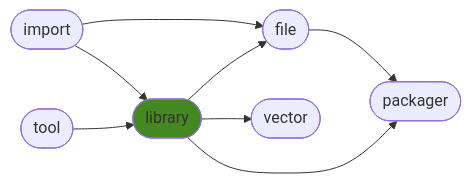
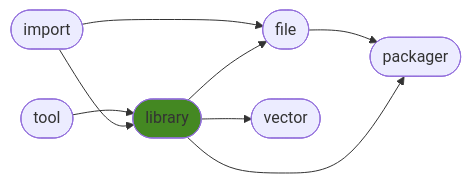
The diagram in README.md (ManderaGeneral/generallibrary), drawn with Mermaid before and after one commit. The commit also changed other lines of this file, not shown here.

````diff
--- a/README.md
+++ b/README.md
@@ -24,17 +24,17 @@
 ```mermaid
 flowchart LR
+1([tool]) --> 2([library])
+2([library]) --> 4([vector])
 3([file]) --> 5([packager])
 0([import]) --> 3([file])
+0([import]) --> 2([library])
+2([library]) --> 5([packager])
 2([library]) --> 3([file])
-2([library]) --> 4([vector])
-2([library]) --> 5([packager])
-1([tool]) --> 2([library])
-0([import]) --> 2([library])
 click 0 "https://github.com/ManderaGeneral/generalimport"
 click 1 "https://github.com/ManderaGeneral/generaltool"
 click 2 "https://github.com/ManderaGeneral/generallibrary"
 click 3 "https://github.com/ManderaGeneral/generalfile"
 click 4 "https://github.com/ManderaGeneral/generalvector"
 click 5 "https://github.com/ManderaGeneral/generalpackager"
 style 2 fill:#482
 ```
````
